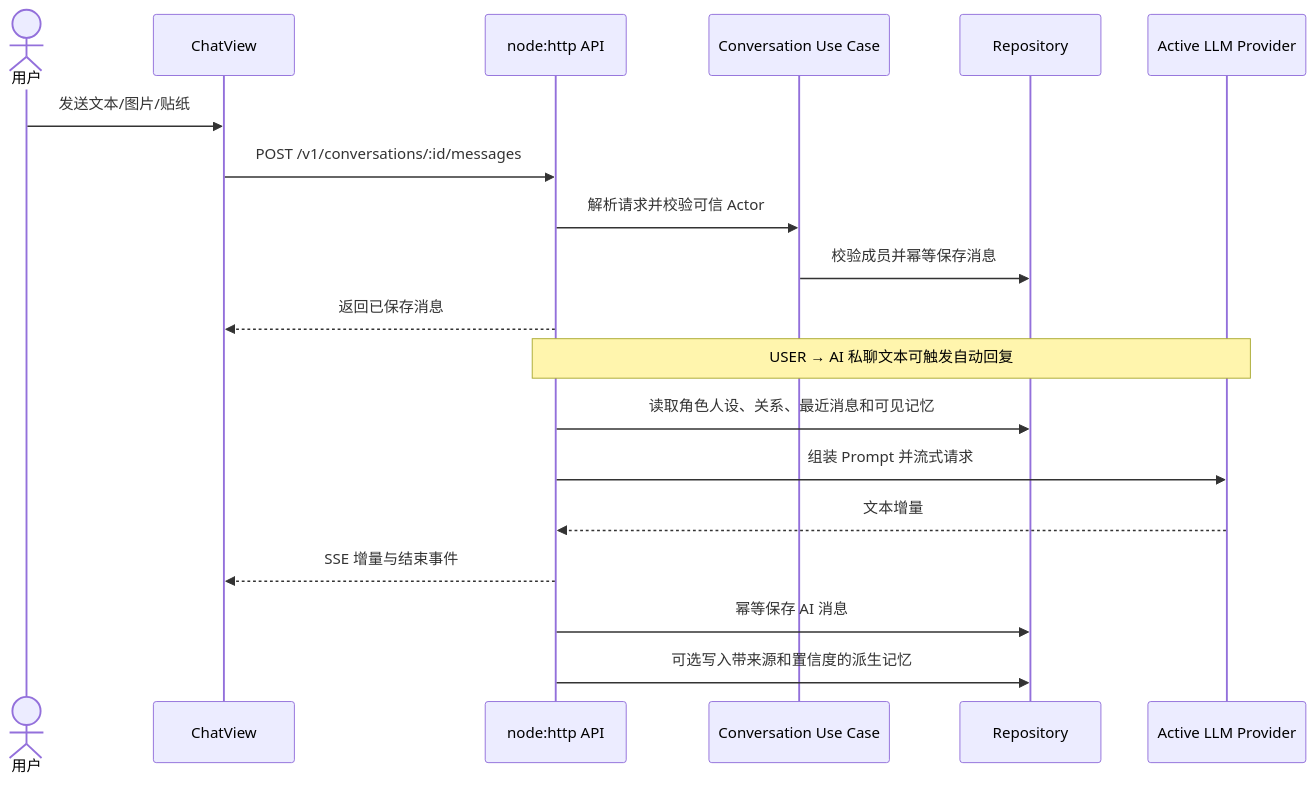
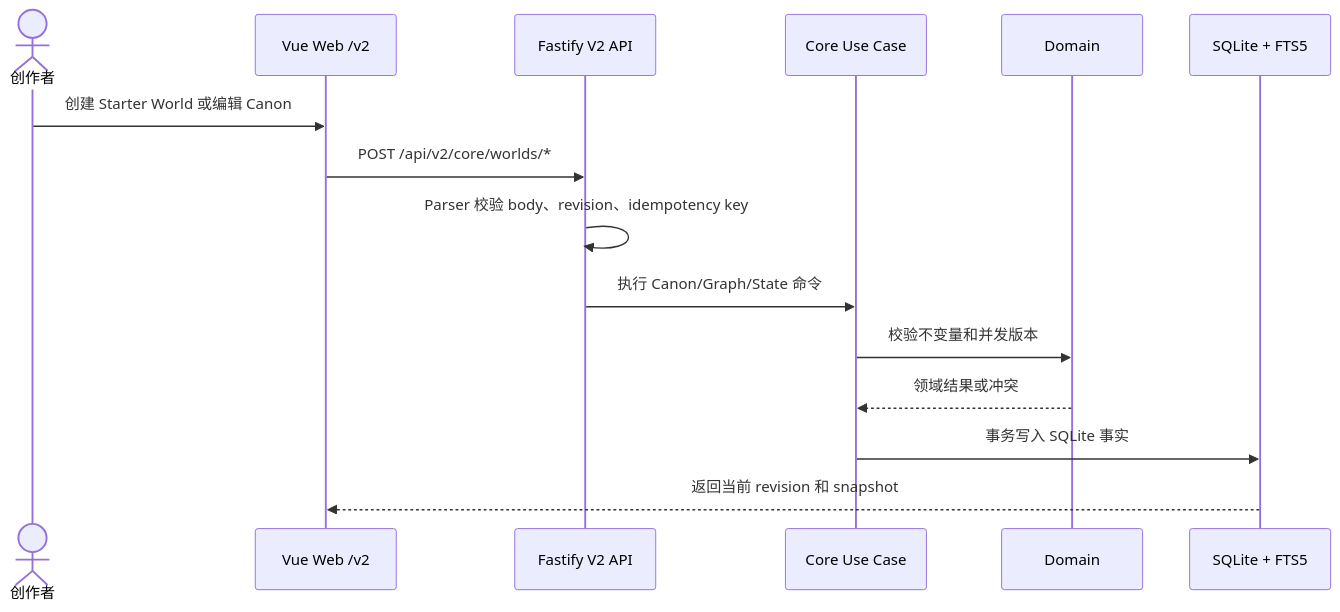
One commit to lark-x/GameStart changed the first of 4 diagrams in docs/user-flows.md. Above: the diagram before and after it, drawn with Mermaid. The commit also changed other lines of this file and 122 other files, not shown here.

````diff
--- a/docs/user-flows.md
+++ b/docs/user-flows.md
@@ -9,23 +9,18 @@
 ```mermaid
 sequenceDiagram
-    actor User as 用户
-    participant Web as ChatView
-    participant API as node:http API
-    participant UC as Conversation Use Case
-    participant DB as Repository
-    participant LLM as Active LLM Provider
+    actor Creator as 创作者
+    participant Web as Vue Web /v2
+    participant API as Fastify V2 API
+    participant UC as Core Use Case
+    participant Domain as Domain
+    participant DB as SQLite + FTS5
 
-    User->>Web: 发送文本/图片/贴纸
-    Web->>API: POST /v1/conversations/:id/messages
-    API->>UC: 解析请求并校验可信 Actor
-    UC->>DB: 校验成员并幂等保存消息
-    API-->>Web: 返回已保存消息
-
-    Note over API,LLM: USER → AI 私聊文本可触发自动回复
-    API->>DB: 读取角色人设、关系、最近消息和可见记忆
-    API->>LLM: 组装 Prompt 并流式请求
-    LLM-->>API: 文本增量
-    API-->>Web: SSE 增量与结束事件
-    API->>DB: 幂等保存 AI 消息
-    API->>DB: 可选写入带来源和置信度的派生记忆
+    Creator->>Web: 创建 Starter World 或编辑 Canon
+    Web->>API: POST /api/v2/core/worlds/*
+    API->>API: Parser 校验 body、revision、idempotency key
+    API->>UC: 执行 Canon/Graph/State 命令
+    UC->>Domain: 校验不变量和并发版本
+    Domain-->>UC: 领域结果或冲突
+    UC->>DB: 事务写入 SQLite 事实
+    DB-->>Web: 返回当前 revision 和 snapshot
 ```
````
